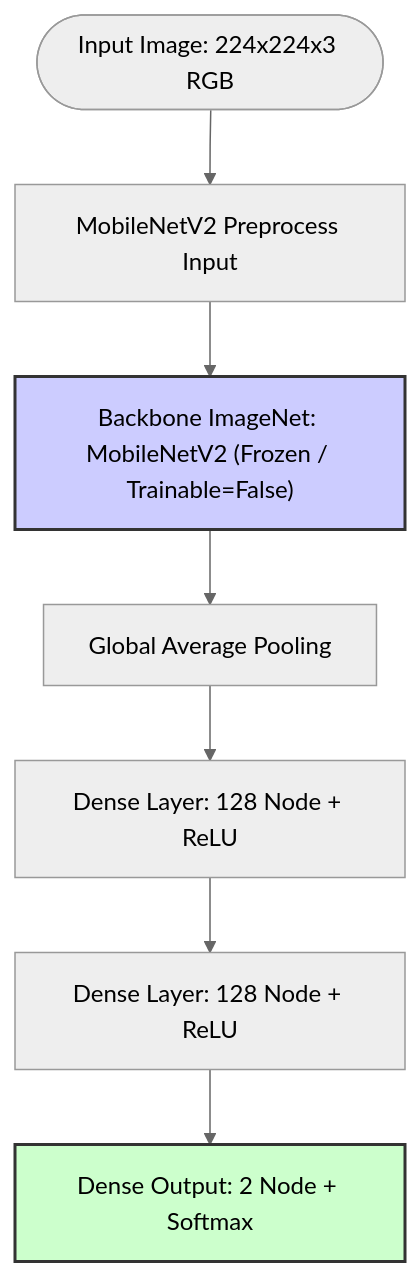
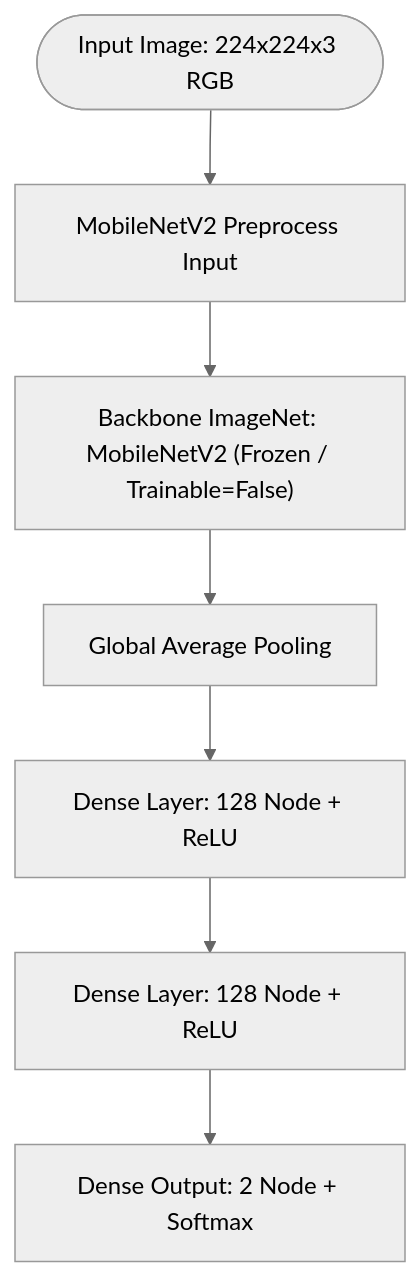
The second of 4 diagrams in docs/MODEL_TRAINING.md (hissyam90/kalimantan-wildfire-hotspot-detection), drawn with Mermaid (neutral theme) before and after one commit. The commit also changed other lines of this file, not shown here.

````diff
--- a/docs/MODEL_TRAINING.md
+++ b/docs/MODEL_TRAINING.md
@@ -83,12 +81,9 @@
 ```mermaid
 graph TD
     Input([Input Image: 224x224x3 RGB]) --> Preprocess["MobileNetV2 Preprocess Input"]
     Preprocess --> Backbone["Backbone ImageNet: MobileNetV2 (Frozen / Trainable=False)"]
     Backbone --> Pool["Global Average Pooling"]
     Pool --> Dense1["Dense Layer: 128 Node + ReLU"]
     Dense1 --> Dense2["Dense Layer: 128 Node + ReLU"]
     Dense2 --> Output["Dense Output: 2 Node + Softmax"]
-
-    style Backbone fill:#ccccff,stroke:#333,stroke-width:2px
-    style Output fill:#ccffcc,stroke:#333,stroke-width:2px
 ```
````
